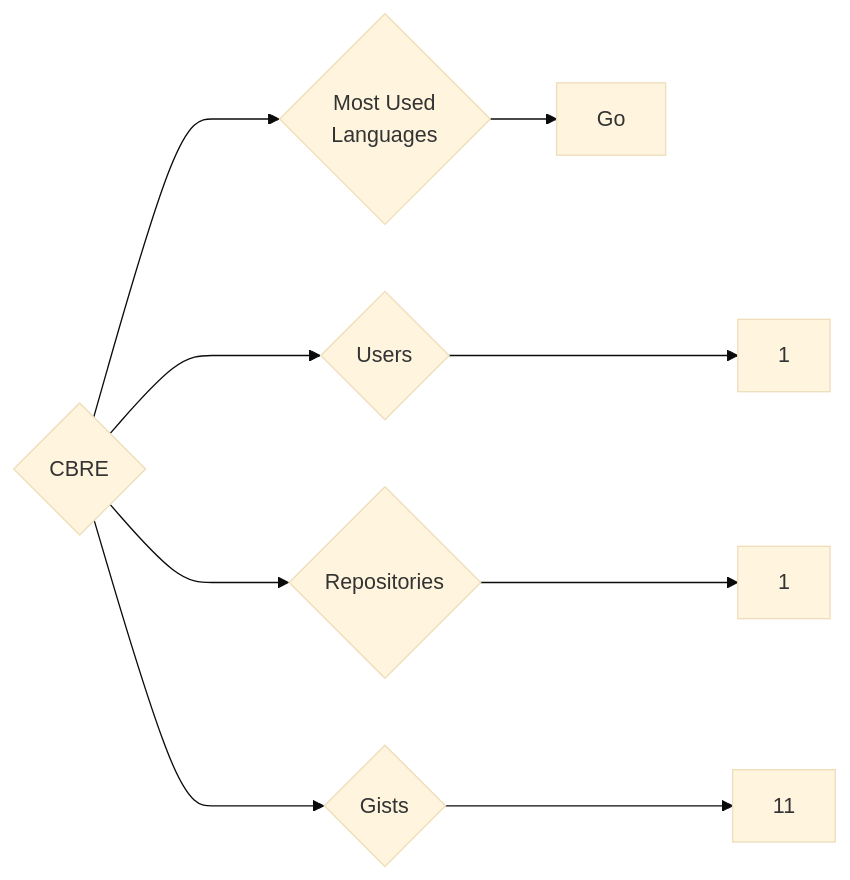
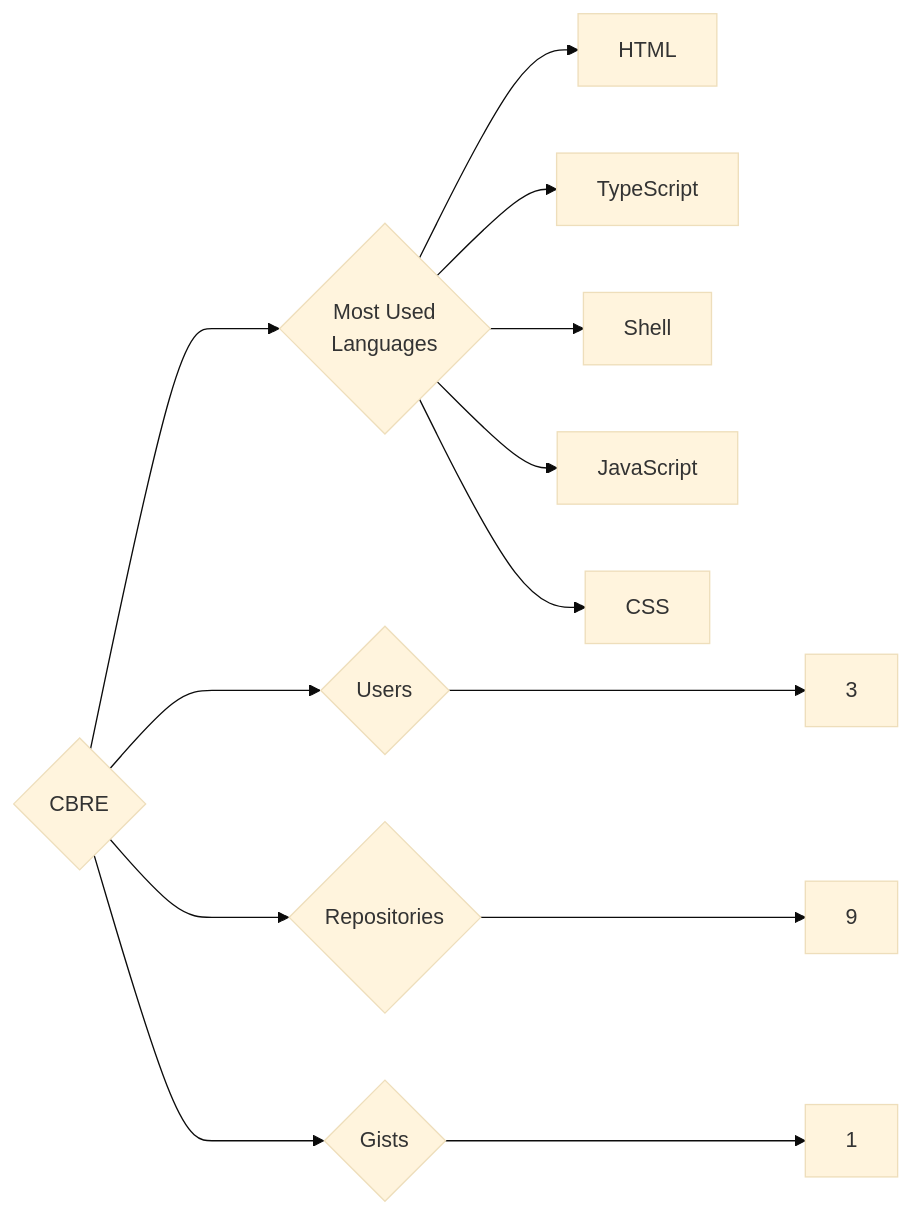
One commit to trickest/insiders changed the diagram in targets/CBRE/README.md. Above: the diagram before and after it, drawn with Mermaid (base theme). The commit also changed 724 other files, not shown here.

````diff
--- a/targets/CBRE/README.md
+++ b/targets/CBRE/README.md
@@ -3,9 +3,13 @@
 ```mermaid
 graph LR
 COMPANY_NAME{CBRE}
-COMPANY_NAME ---> U{Users} ---> UN[1]
-COMPANY_NAME ---> R{Repositories} ---> RN[1]
-COMPANY_NAME ---> G{Gists} ---> GN[11]
+COMPANY_NAME ---> U{Users} ---> UN[3]
+COMPANY_NAME ---> R{Repositories} ---> RN[9]
+COMPANY_NAME ---> G{Gists} ---> GN[1]
 COMPANY_NAME ---> ML{Most Used<br>Languages}
-ML --> Go[Go]
+ML --> HTML[HTML]
+ML --> TypeScript[TypeScript]
+ML --> Shell[Shell]
+ML --> JavaScript[JavaScript]
+ML --> CSS[CSS]
 ```
````
